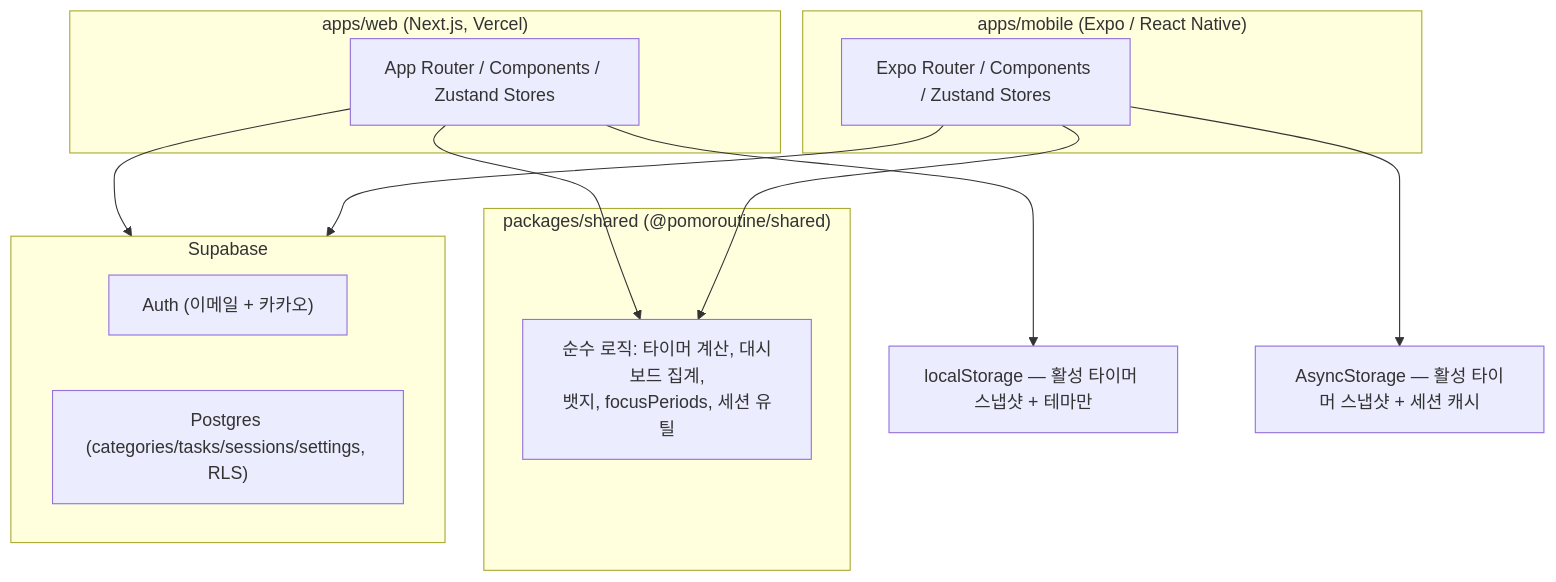
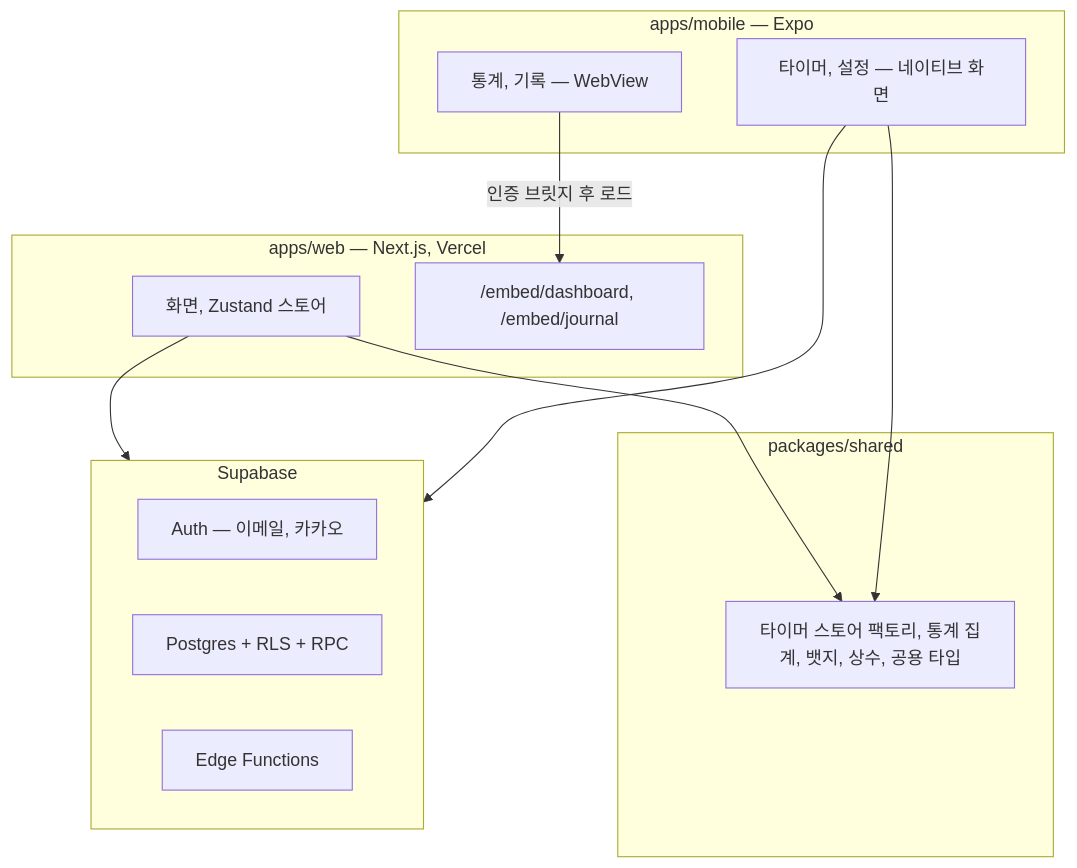
One commit to aaaz425/pomodash changed the first of 3 diagrams in docs/specs/architecture-diagram.md. Above: the diagram before and after it, drawn with Mermaid. The commit also changed other lines of this file and 13 other files, not shown here.

````diff
--- a/docs/specs/architecture-diagram.md
+++ b/docs/specs/architecture-diagram.md
@@ -9,27 +8,25 @@
 ```mermaid
 flowchart TB
-    subgraph Web["apps/web (Next.js, Vercel)"]
-        WebApp["App Router / Components / Zustand Stores"]
+    subgraph Web["apps/web — Next.js, Vercel"]
+        WebApp["화면, Zustand 스토어"]
+        Embed["/embed/dashboard, /embed/journal"]
     end
-    subgraph Mobile["apps/mobile (Expo / React Native)"]
-        MobileApp["Expo Router / Components / Zustand Stores"]
+    subgraph Mobile["apps/mobile — Expo"]
+        Native["타이머, 설정 — 네이티브 화면"]
+        WebView["통계, 기록 — WebView"]
     end
-    subgraph Shared["packages/shared (@pomoroutine/shared)"]
-        SharedLib["순수 로직: 타이머 계산, 대시보드 집계,\n뱃지, focusPeriods, 세션 유틸"]
+    subgraph Shared["packages/shared"]
+        Logic["타이머 스토어 팩토리, 통계 집계, 뱃지, 상수, 공용 타입"]
+    end
+    subgraph Supabase["Supabase"]
+        Auth["Auth — 이메일, 카카오"]
+        DB["Postgres + RLS + RPC"]
+        Edge["Edge Functions"]
     end
 
-    subgraph Supabase["Supabase"]
-        Auth["Auth (이메일 + 카카오)"]
-        DB["Postgres (categories/tasks/sessions/settings, RLS)"]
-    end
-
-    WebApp --> SharedLib
-    MobileApp --> SharedLib
+    WebApp --> Logic
+    Native --> Logic
+    WebView -->|인증 브릿지 후 로드| Embed
     WebApp --> Supabase
-    MobileApp --> Supabase
-
-    LS["localStorage — 활성 타이머 스냅샷 + 테마만"]
-    AS["AsyncStorage — 활성 타이머 스냅샷 + 세션 캐시"]
-    WebApp --> LS
-    MobileApp --> AS
+    Native --> Supabase
 ```
````
